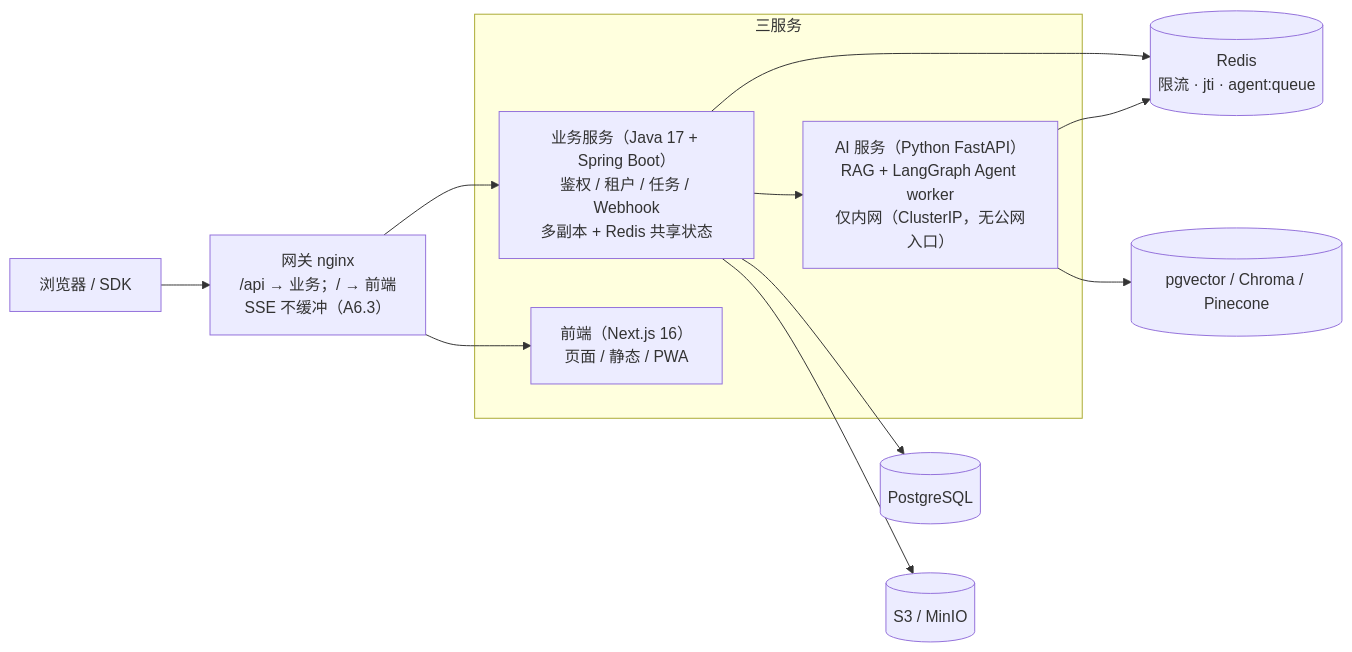
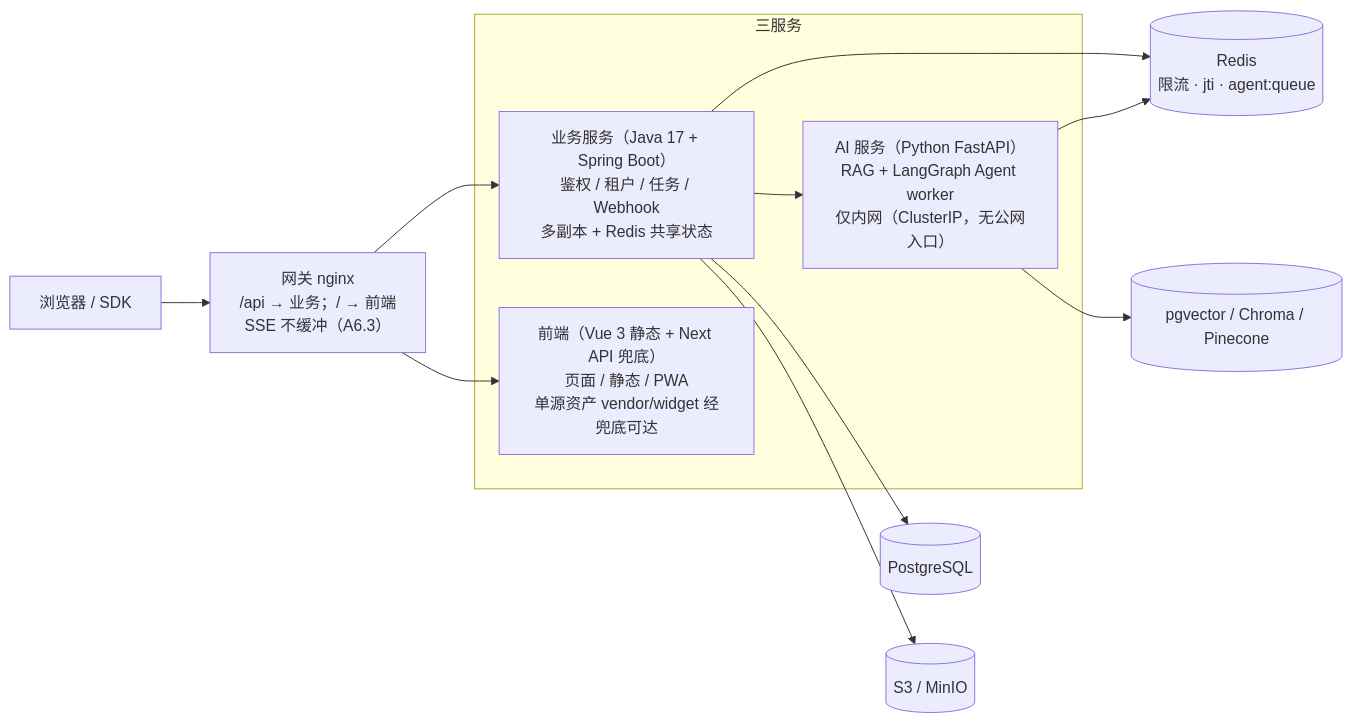
One commit to BlackArt40/KnowledgeAI changed the second of 2 diagrams in docs/architecture/overview.md. Above: the diagram before and after it, drawn with Mermaid. The commit also changed other lines of this file and 9 other files, not shown here.

````diff
--- a/docs/architecture/overview.md
+++ b/docs/architecture/overview.md
@@ -84,17 +87,17 @@
 ```mermaid
 flowchart LR
   C["浏览器 / SDK"] --> GW["网关 nginx<br/>/api → 业务；/ → 前端<br/>SSE 不缓冲（A6.3）"]
   subgraph Split["三服务"]
     BIZ["业务服务（Java 17 + Spring Boot）<br/>鉴权 / 租户 / 任务 / Webhook<br/>多副本 + Redis 共享状态"]
-    FE["前端（Next.js 16）<br/>页面 / 静态 / PWA"]
+    FE["前端（Vue 3 静态 + Next API 兜底）<br/>页面 / 静态 / PWA<br/>单源资产 vendor/widget 经兜底可达"]
     AI["AI 服务（Python FastAPI）<br/>RAG + LangGraph Agent worker<br/>仅内网（ClusterIP，无公网入口）"]
   end
   GW --> BIZ
   GW --> FE
   BIZ --> AI
   BIZ --> PG2[("PostgreSQL")]
   BIZ --> RD2[("Redis<br/>限流 · jti · agent:queue")]
   AI --> RD2
   AI --> VDB2[("pgvector / Chroma / Pinecone")]
   BIZ --> S32[("S3 / MinIO")]
 ```
````
